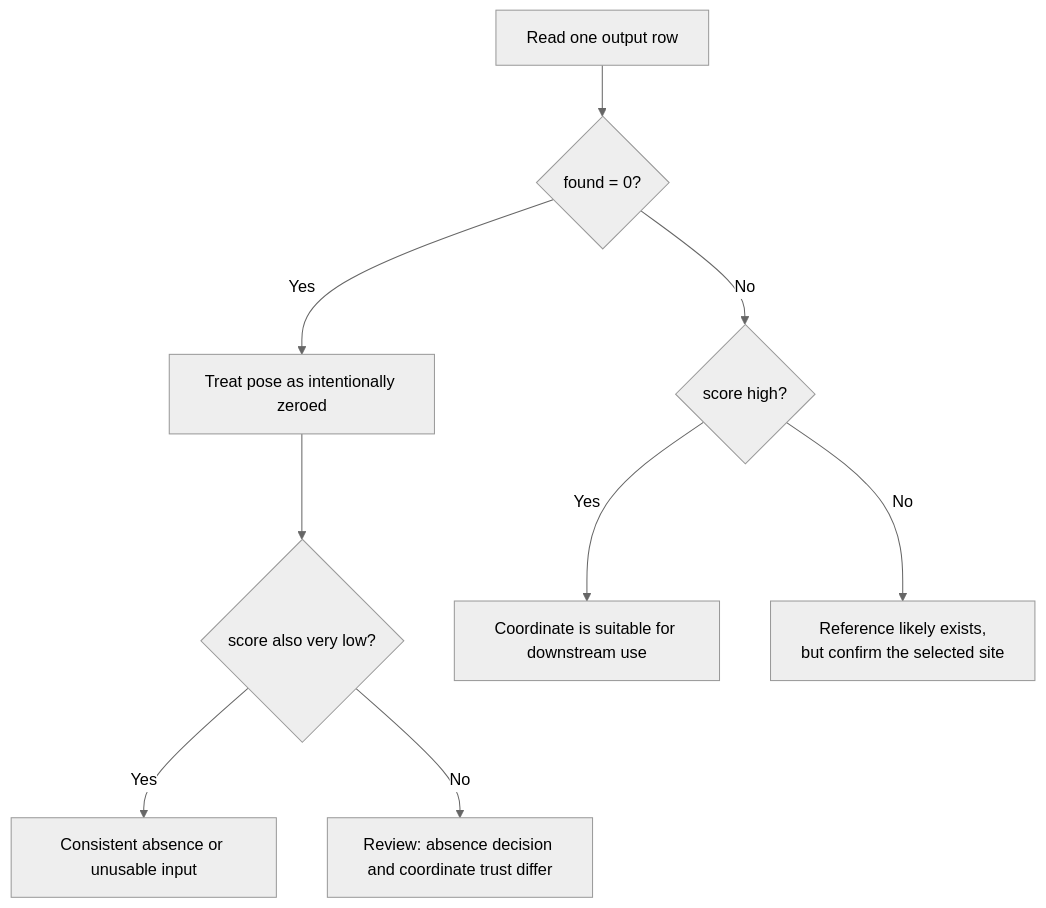
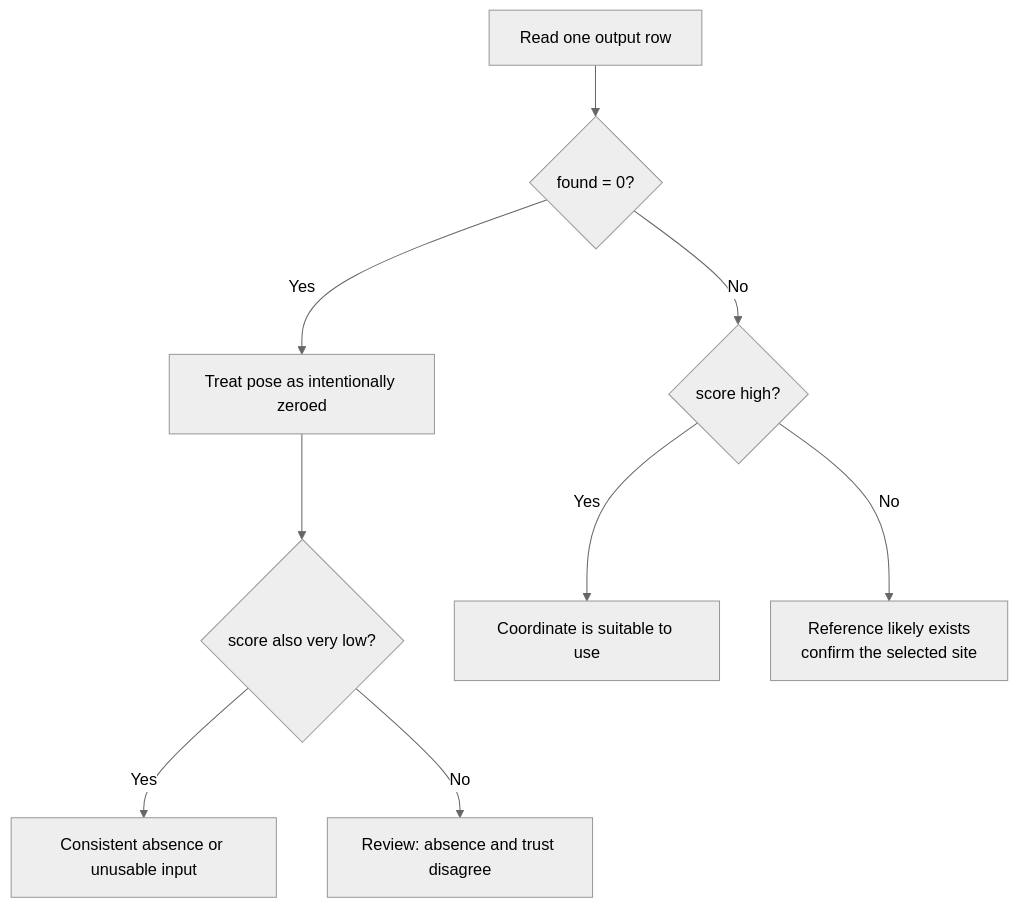
Before and after one commit to RHUDHRESH/LatticeRank-SEMICON-2026: diagram 11 of 12 in docs/V1_VS_V2.md, drawn with Mermaid (neutral theme). The commit also changed other lines of this file and 35 other files, not shown here.

````diff
--- a/docs/V1_VS_V2.md
+++ b/docs/V1_VS_V2.md
@@ -394,11 +404,11 @@
 ```mermaid
 flowchart TD
     A["Read one output row"] --> B{"found = 0?"}
     B -- Yes --> C["Treat pose as intentionally zeroed"]
     C --> D{"score also very low?"}
     D -- Yes --> E["Consistent absence or unusable input"]
-    D -- No --> F["Review: absence decision and coordinate trust differ"]
+    D -- No --> F["Review: absence and trust disagree"]
     B -- No --> G{"score high?"}
-    G -- Yes --> H["Coordinate is suitable for downstream use"]
-    G -- No --> I["Reference likely exists,<br/>but confirm the selected site"]
+    G -- Yes --> H["Coordinate is suitable to use"]
+    G -- No --> I["Reference likely exists<br/>confirm the selected site"]
 ```
````
